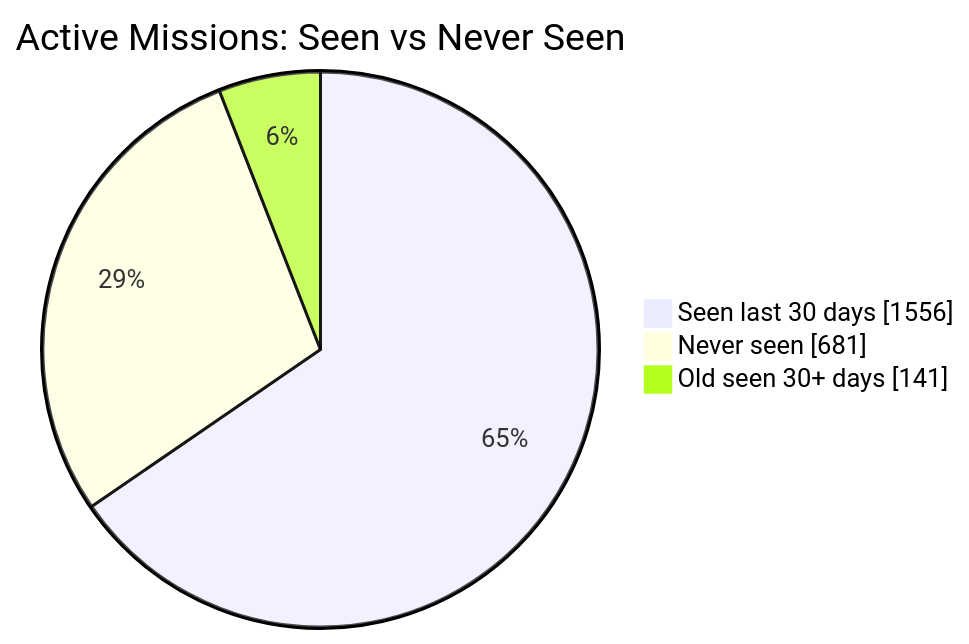
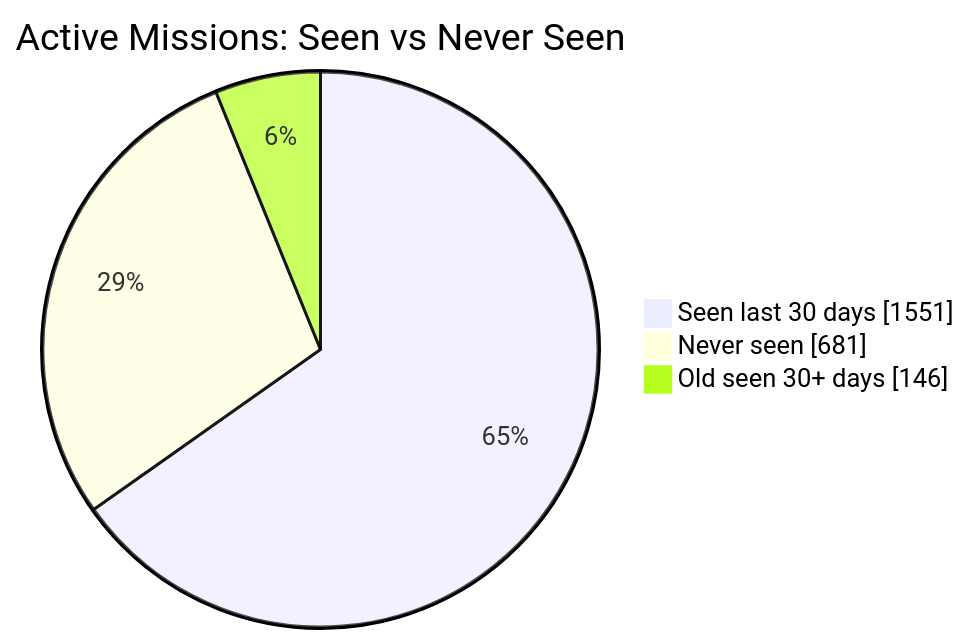
Before and after one commit to MeldkamerspelGameTeam/active-missions: the first of 2 diagrams in README.md, drawn with Mermaid. The commit also changed other lines of this file and 2 other files, not shown here.

````diff
--- a/README.md
+++ b/README.md
@@ -34,7 +34,7 @@
 ```mermaid
 pie showData
     title Active Missions: Seen vs Never Seen
-    "Seen last 30 days" : 1556
+    "Seen last 30 days" : 1551
     "Never seen" : 681
-    "Old seen 30+ days" : 141
+    "Old seen 30+ days" : 146
 ```
````
